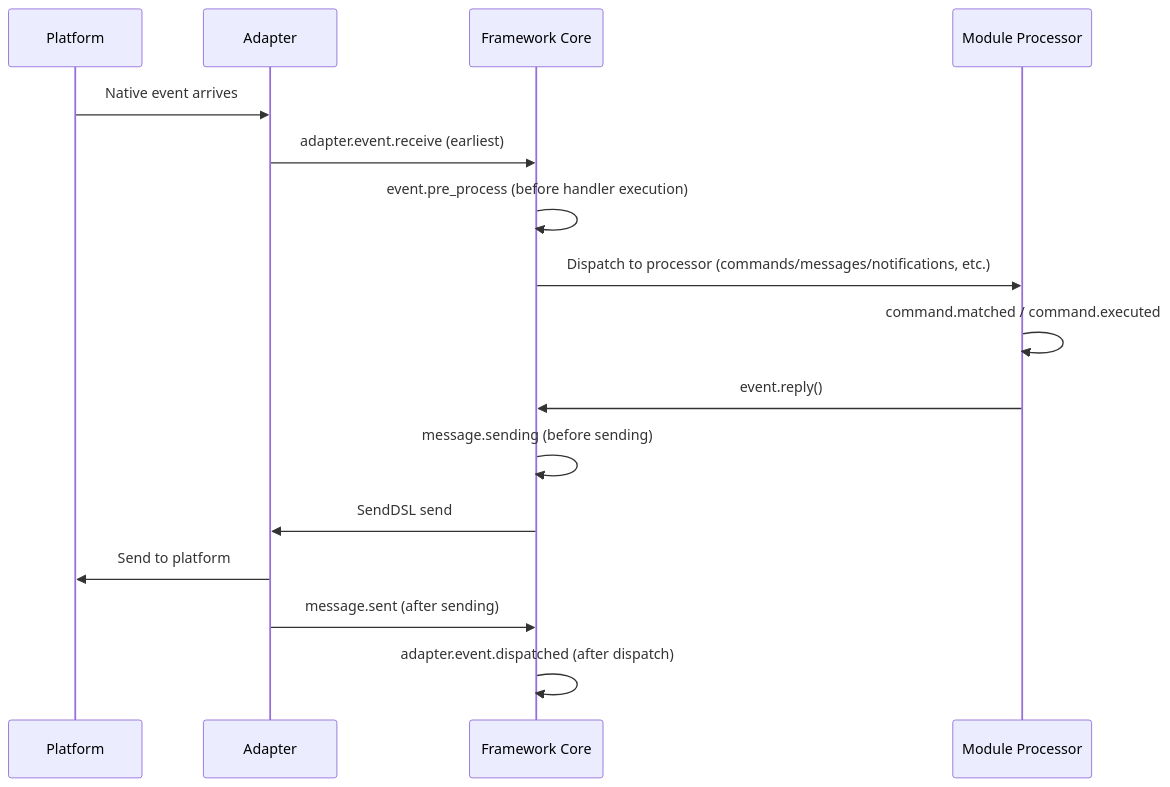
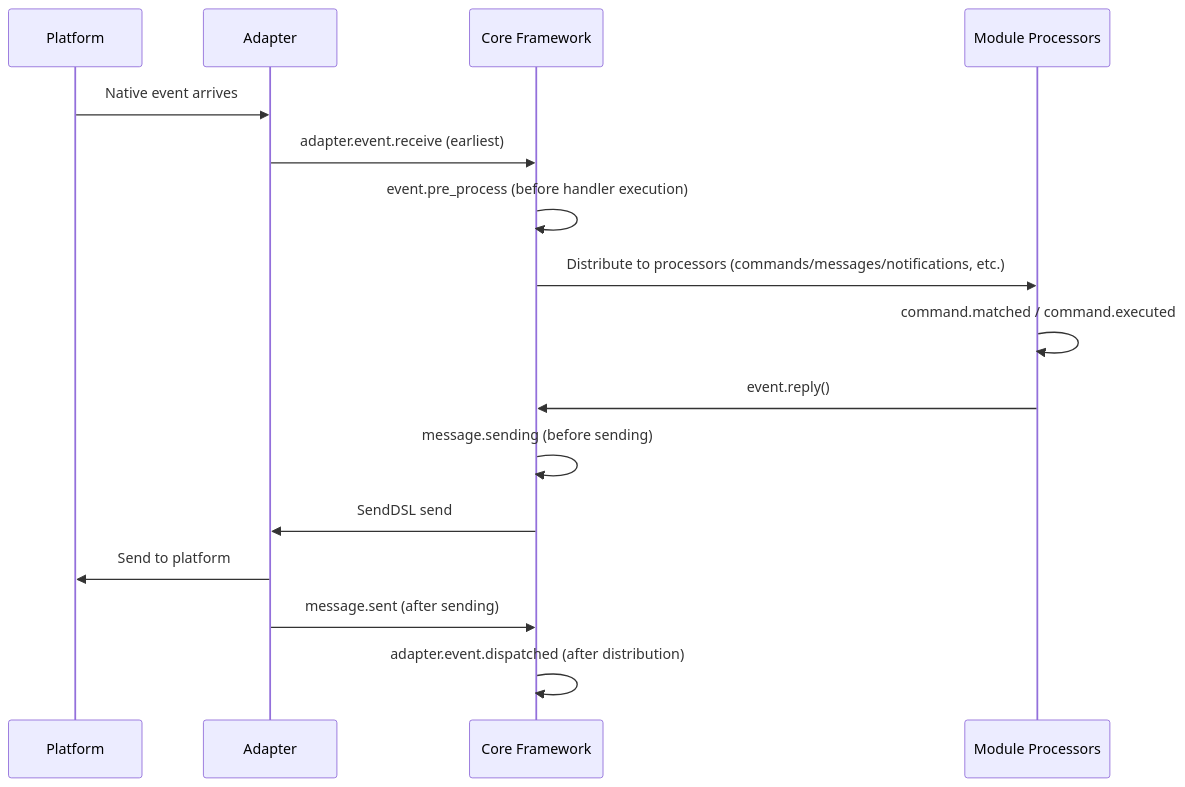
Before and after one commit to ErisPulse/ErisPulse: the diagram in docs/en/advanced/lifecycle.md, drawn with Mermaid. The commit also changed other lines of this file and 35 other files, not shown here.

````diff
--- a/docs/en/advanced/lifecycle.md
+++ b/docs/en/advanced/lifecycle.md
@@ -118,19 +120,19 @@
 ```mermaid
 sequenceDiagram
     participant P as Platform
     participant A as Adapter
-    participant F as Framework Core
-    participant M as Module Processor
+    participant F as Core Framework
+    participant M as Module Processors
 
     P->>A: Native event arrives
     A->>F: adapter.event.receive (earliest)
     F->>F: event.pre_process (before handler execution)
-    F->>M: Dispatch to processor (commands/messages/notifications, etc.)
+    F->>M: Distribute to processors (commands/messages/notifications, etc.)
     M->>M: command.matched / command.executed
     M->>F: event.reply()
     F->>F: message.sending (before sending)
     F->>A: SendDSL send
     A->>P: Send to platform
     A->>F: message.sent (after sending)
-    F->>F: adapter.event.dispatched (after dispatch)
+    F->>F: adapter.event.dispatched (after distribution)
 ```
````
